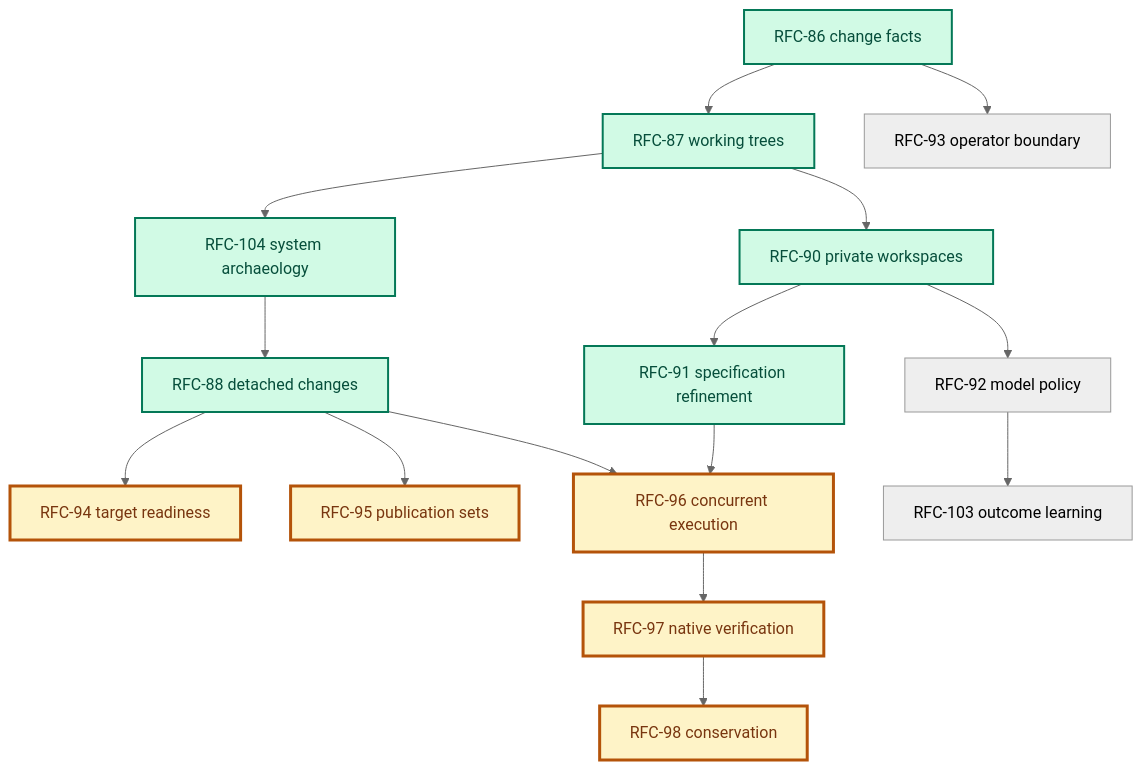
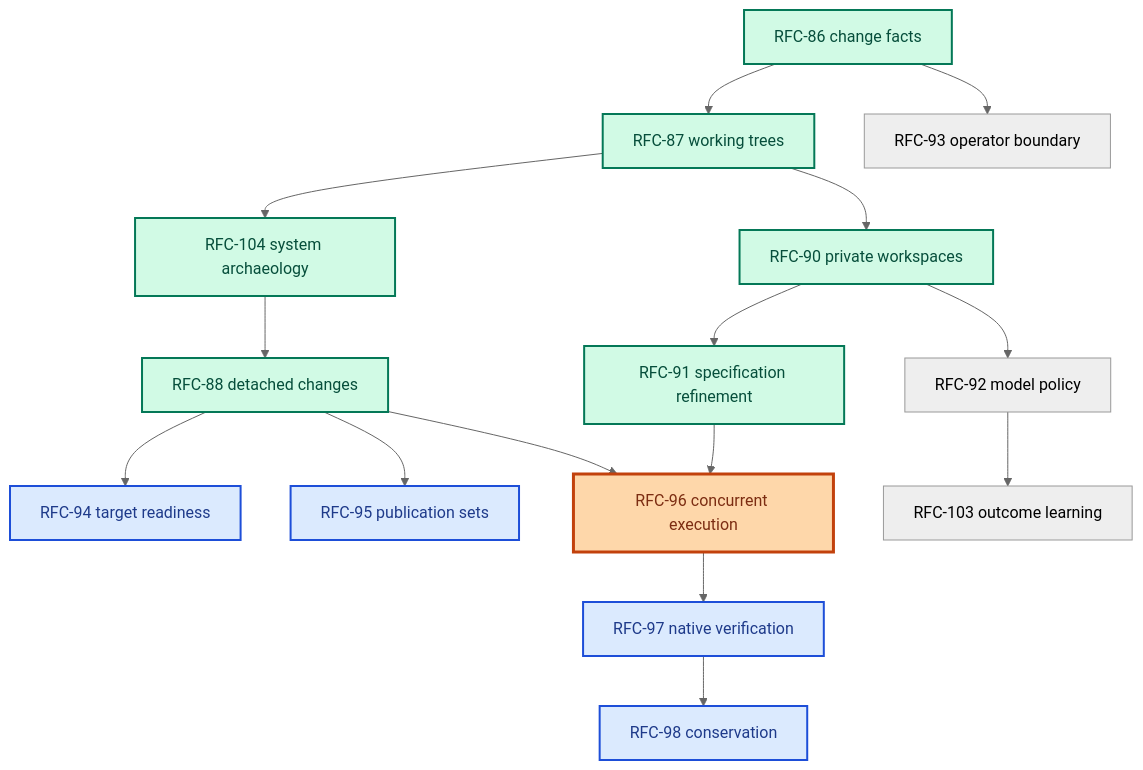
The diagram in rfcs/platform.md (augentic/anvil), drawn with Mermaid (neutral theme) before and after one commit. The commit also changed other lines of this file and 1 other file, not shown here.

````diff
--- a/rfcs/platform.md
+++ b/rfcs/platform.md
@@ -41,22 +23,24 @@
 ```mermaid
 flowchart TD
     R86[RFC-86 change facts] --> R87[RFC-87 working trees]
     R86 --> R93[RFC-93 operator boundary]
     R87 --> R104[RFC-104 system archaeology]
     R87 --> R90[RFC-90 private workspaces]
     R104 --> R88[RFC-88 detached changes]
     R88 --> R94[RFC-94 target readiness]
     R88 --> R95[RFC-95 publication sets]
     R88 --> R96[RFC-96 concurrent execution]
     R90 --> R91[RFC-91 specification refinement]
     R90 --> R92[RFC-92 model policy]
     R91 --> R96[RFC-96 concurrent execution]
     R92 --> R103[RFC-103 outcome learning]
     R96 --> R97[RFC-97 native verification]
     R97 --> R98[RFC-98 conservation]
 
     classDef done fill:#d1fae5,stroke:#047857,color:#064e3b,stroke-width:2px
-    classDef critical fill:#fef3c7,stroke:#b45309,color:#78350f,stroke-width:3px
+    classDef nearterm fill:#fed7aa,stroke:#c2410c,color:#7c2d12,stroke-width:3px
+    classDef later fill:#dbeafe,stroke:#1d4ed8,color:#1e3a8a,stroke-width:2px
     class R86,R87,R88,R90,R91,R104 done
-    class R94,R95,R96,R97,R98 critical
+    class R96 nearterm
+    class R94,R95,R97,R98 later
 ```
````
